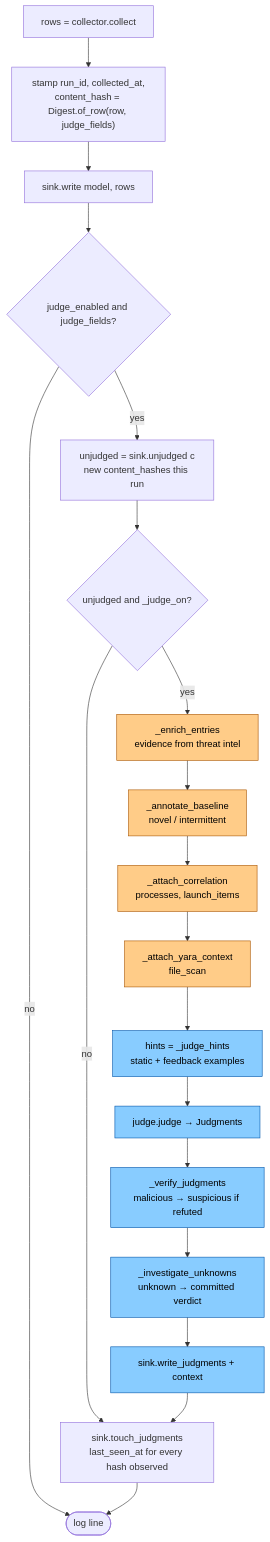
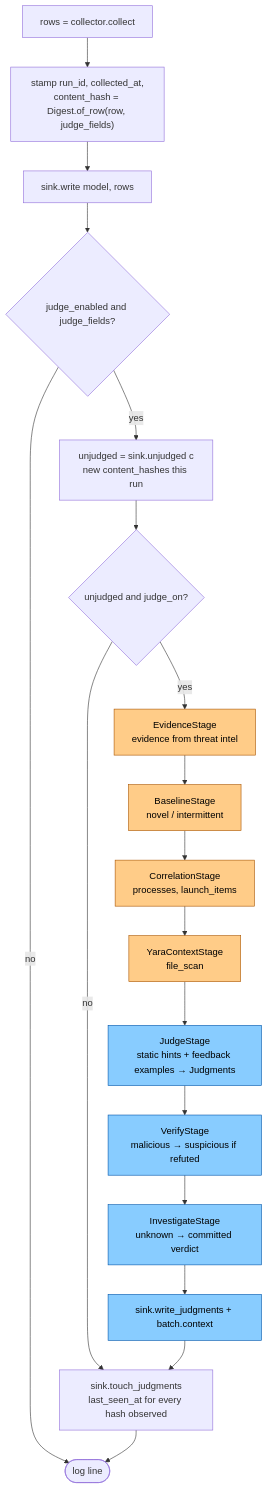
One commit to iklobato/avai changed the eighth of 23 diagrams in docs/ARCHITECTURE.md. Above: the diagram before and after it, drawn with Mermaid. The commit also changed other lines of this file and 1 other file, not shown here.

````diff
--- a/docs/ARCHITECTURE.md
+++ b/docs/ARCHITECTURE.md
@@ -396,26 +421,25 @@
 ```mermaid
 flowchart TD
     A[rows = collector.collect] --> B["stamp run_id, collected_at,<br/>content_hash = Digest.of_row(row, judge_fields)"]
     B --> C[sink.write model, rows]
     C --> D{judge_enabled and judge_fields?}
     D -->|no| Z([log line])
     D -->|yes| E[unjudged = sink.unjudged c<br/>new content_hashes this run]
-    E --> F{unjudged and _judge_on?}
+    E --> F{unjudged and judge_on?}
     F -->|no| T
-    F -->|yes| G[_enrich_entries<br/>evidence from threat intel]
-    G --> H[_annotate_baseline<br/>novel / intermittent]
-    H --> I[_attach_correlation<br/>processes, launch_items]
-    I --> J[_attach_yara_context<br/>file_scan]
-    J --> K[hints = _judge_hints<br/>static + feedback examples]
-    K --> L[judge.judge → Judgments]
-    L --> M[_verify_judgments<br/>malicious → suspicious if refuted]
-    M --> N[_investigate_unknowns<br/>unknown → committed verdict]
-    N --> O[sink.write_judgments + context]
+    F -->|yes| G[EvidenceStage<br/>evidence from threat intel]
+    G --> H[BaselineStage<br/>novel / intermittent]
+    H --> I[CorrelationStage<br/>processes, launch_items]
+    I --> J[YaraContextStage<br/>file_scan]
+    J --> L[JudgeStage<br/>static hints + feedback examples → Judgments]
+    L --> M[VerifyStage<br/>malicious → suspicious if refuted]
+    M --> N[InvestigateStage<br/>unknown → committed verdict]
+    N --> O[sink.write_judgments + batch.context]
     O --> T[sink.touch_judgments<br/>last_seen_at for every hash observed]
     T --> Z
 
     classDef enrich fill:#fc8,stroke:#a50,color:#000
     classDef judge fill:#8cf,stroke:#05a,color:#000
     class G,H,I,J enrich
-    class K,L,M,N,O judge
+    class L,M,N,O judge
 ```
````
